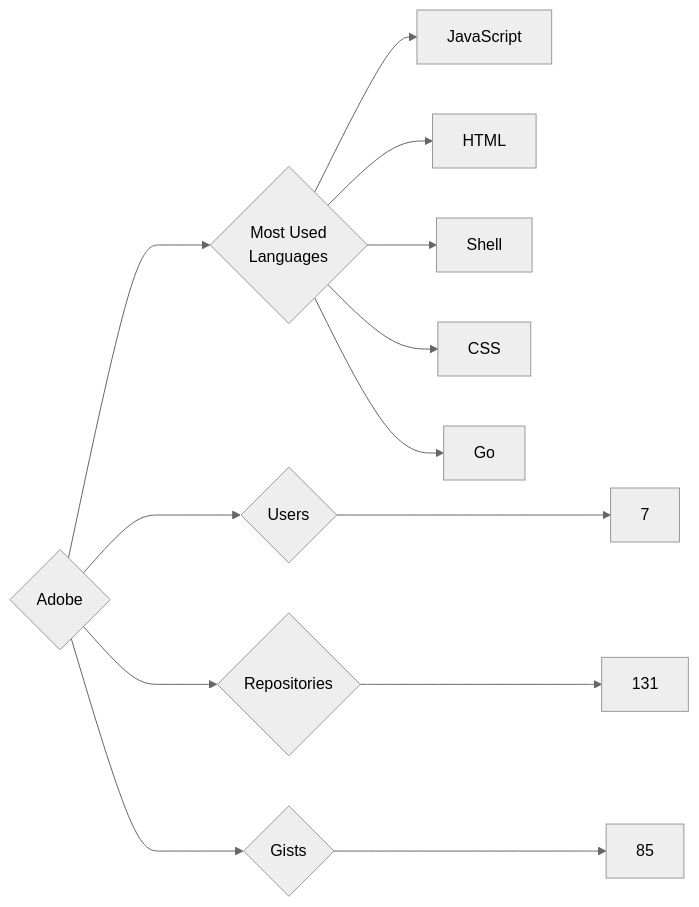
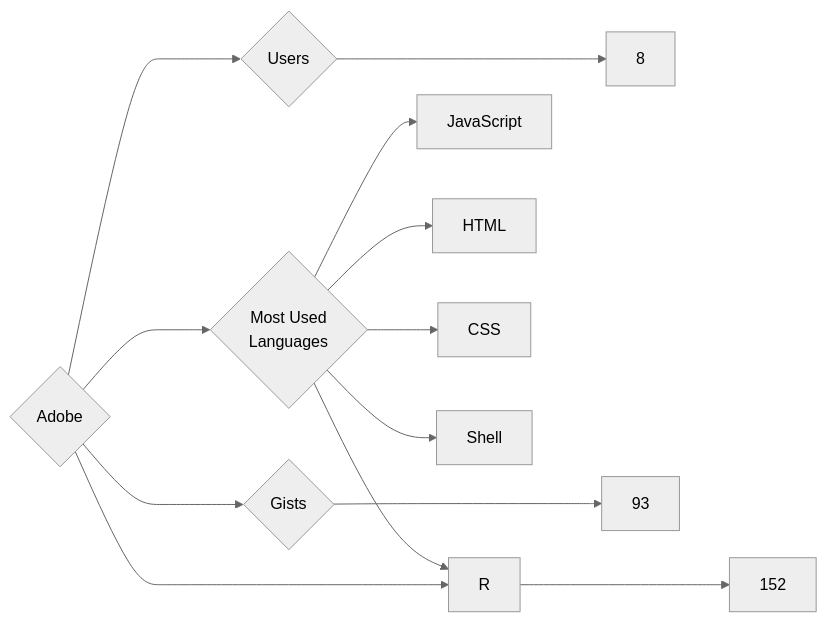
Before and after one commit to trickest/insiders: the diagram in targets/Adobe/README.md, drawn with Mermaid (neutral theme). The commit also changed 1023 other files, not shown here.

````diff
--- a/targets/Adobe/README.md
+++ b/targets/Adobe/README.md
@@ -3,13 +3,13 @@
 ```mermaid
 graph LR
 COMPANY_NAME{Adobe}
-COMPANY_NAME ---> U{Users} ---> UN[7]
-COMPANY_NAME ---> R{Repositories} ---> RN[131]
-COMPANY_NAME ---> G{Gists} ---> GN[85]
+COMPANY_NAME ---> U{Users} ---> UN[8]
+COMPANY_NAME ---> R{Repositories} ---> RN[152]
+COMPANY_NAME ---> G{Gists} ---> GN[93]
 COMPANY_NAME ---> ML{Most Used<br>Languages}
 ML --> JavaScript[JavaScript]
 ML --> HTML[HTML]
+ML --> CSS[CSS]
 ML --> Shell[Shell]
-ML --> CSS[CSS]
-ML --> Go[Go]
+ML --> R[R]
 ```
````
